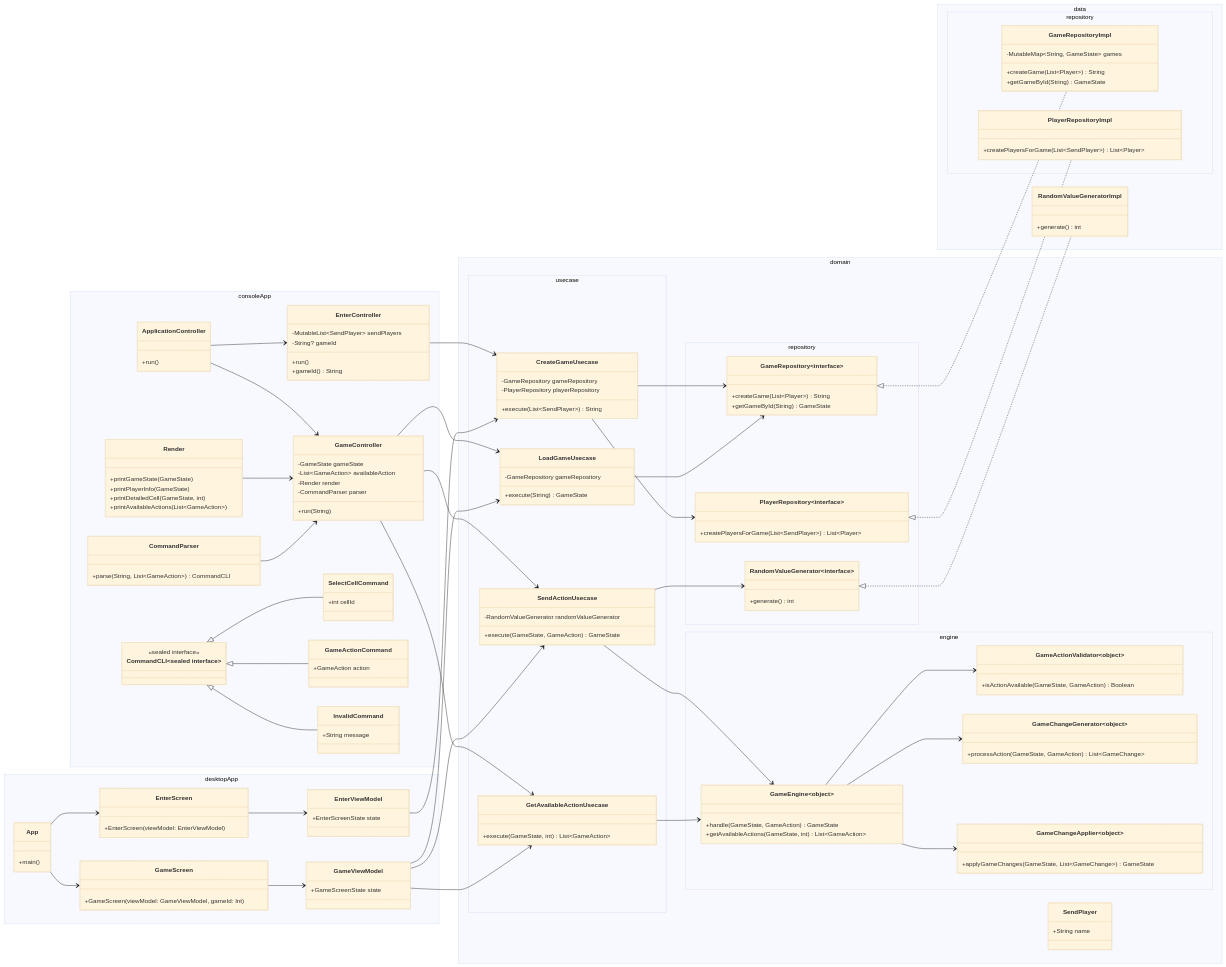
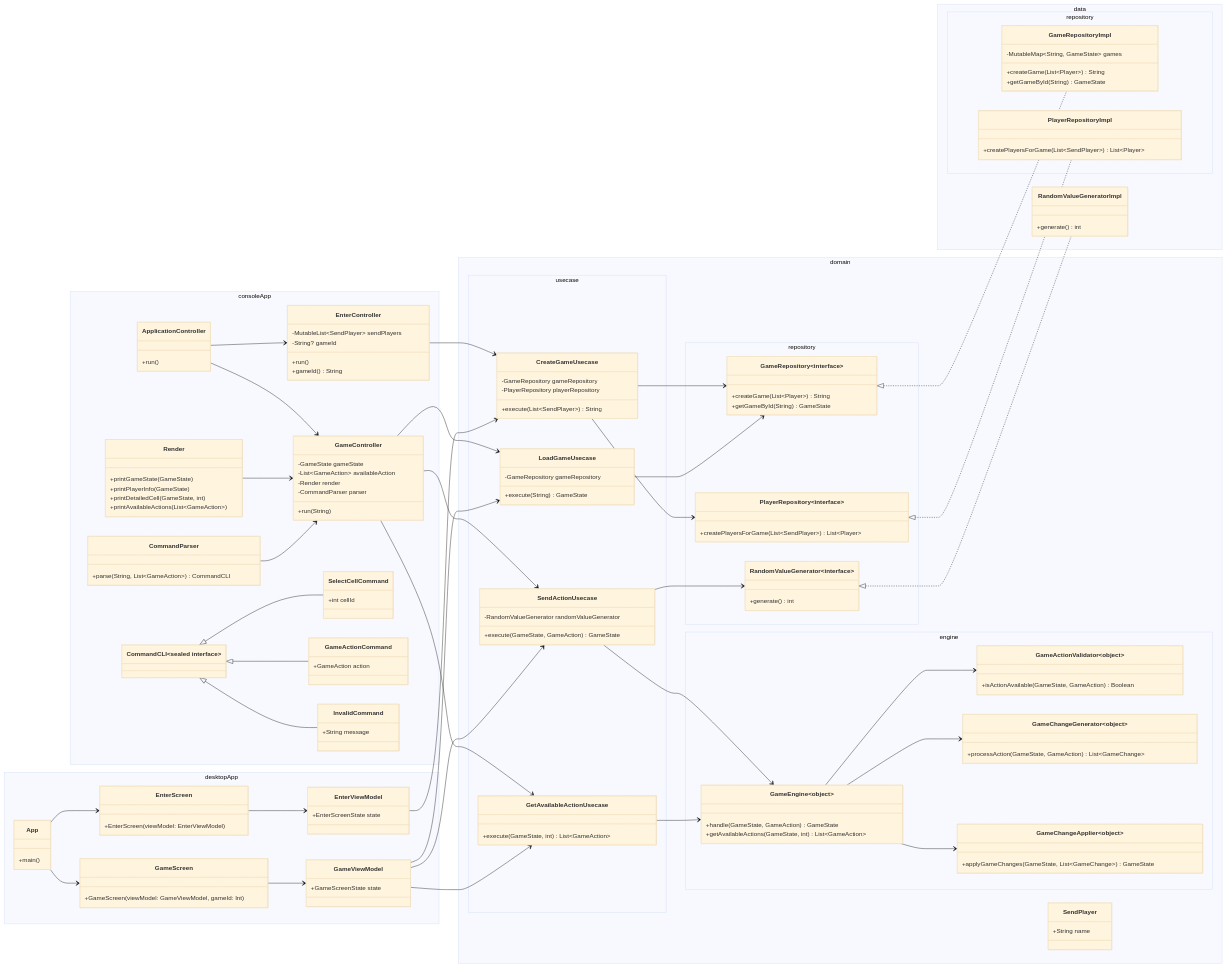
The diagram in architecture.md (stuffacc/Monopoly), drawn with Mermaid (base theme) before and after one commit. The commit also changed 1 other file, not shown here.

```diff
--- a/architecture.md
+++ b/architecture.md
@@ -42,7 +42,6 @@
             +parse(String, List~GameAction~) CommandCLI
         }
         class CommandCLI~sealed interface~ {
-            <<sealed interface>>
         }
         class SelectCellCommand {
             +int cellId
```
